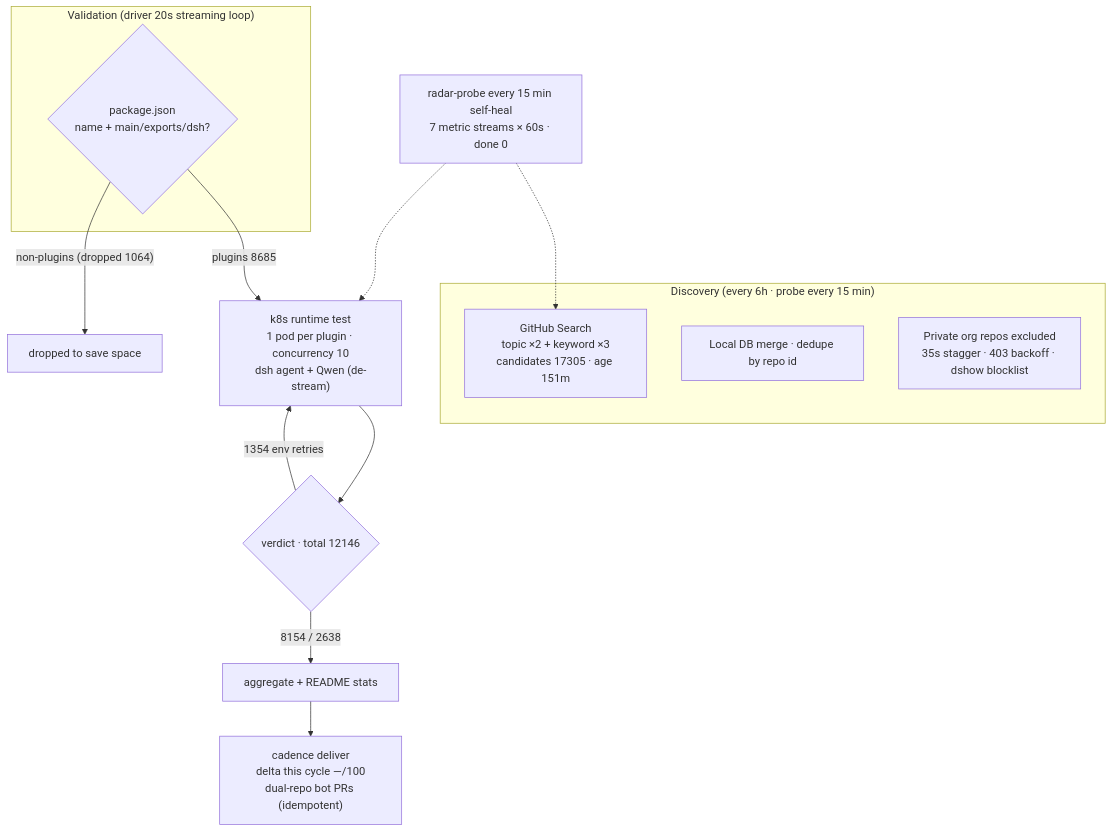
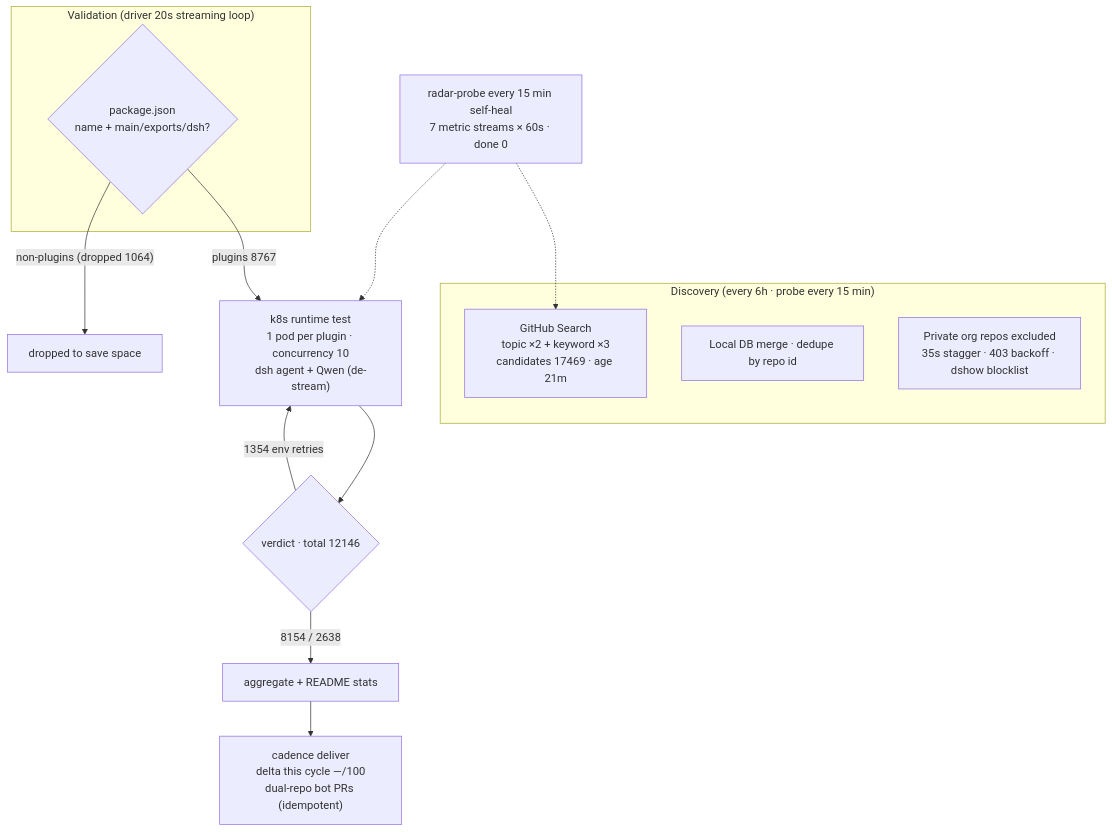
The diagram in README.en-US.md (AdamPlatin123/awesome-dsh-plugins), drawn with Mermaid before and after one commit. The commit also changed other lines of this file and 5 other files, not shown here.

````diff
--- a/README.en-US.md
+++ b/README.en-US.md
@@ -45,20 +45,20 @@
 ```mermaid
 flowchart TB
     subgraph Discovery["Discovery (every 6h · probe every 15 min)"]
-        A1["GitHub Search<br/>topic ×2 + keyword ×3<br/>candidates 17305 · age 151m"]
+        A1["GitHub Search<br/>topic ×2 + keyword ×3<br/>candidates 17469 · age 21m"]
         A2["Local DB merge · dedupe by repo id"]
         A3["Private org repos excluded<br/>35s stagger · 403 backoff · dshow blocklist"]
     end
     subgraph Validation["Validation (driver 20s streaming loop)"]
         B1{"package.json<br/>name + main/exports/dsh?"}
     end
-    B1 -->|"plugins 8685"| C1["k8s runtime test<br/>1 pod per plugin · concurrency 10<br/>dsh agent + Qwen (de-stream)"]
+    B1 -->|"plugins 8767"| C1["k8s runtime test<br/>1 pod per plugin · concurrency 10<br/>dsh agent + Qwen (de-stream)"]
     B1 -->|"non-plugins (dropped 1064)"| B3["dropped to save space"]
     C1 --> D1{"verdict · total 12146"}
     D1 -->|"8154 / 2638"| E1["aggregate + README stats"]
     D1 -->|"1354 env retries"| C1
     E1 --> E2["cadence deliver<br/>delta this cycle —/100<br/>dual-repo bot PRs (idempotent)"]
     M["radar-probe every 15 min self-heal<br/>7 metric streams × 60s · done 0"]
     M -.-> A1
     M -.-> C1
 ```
````
